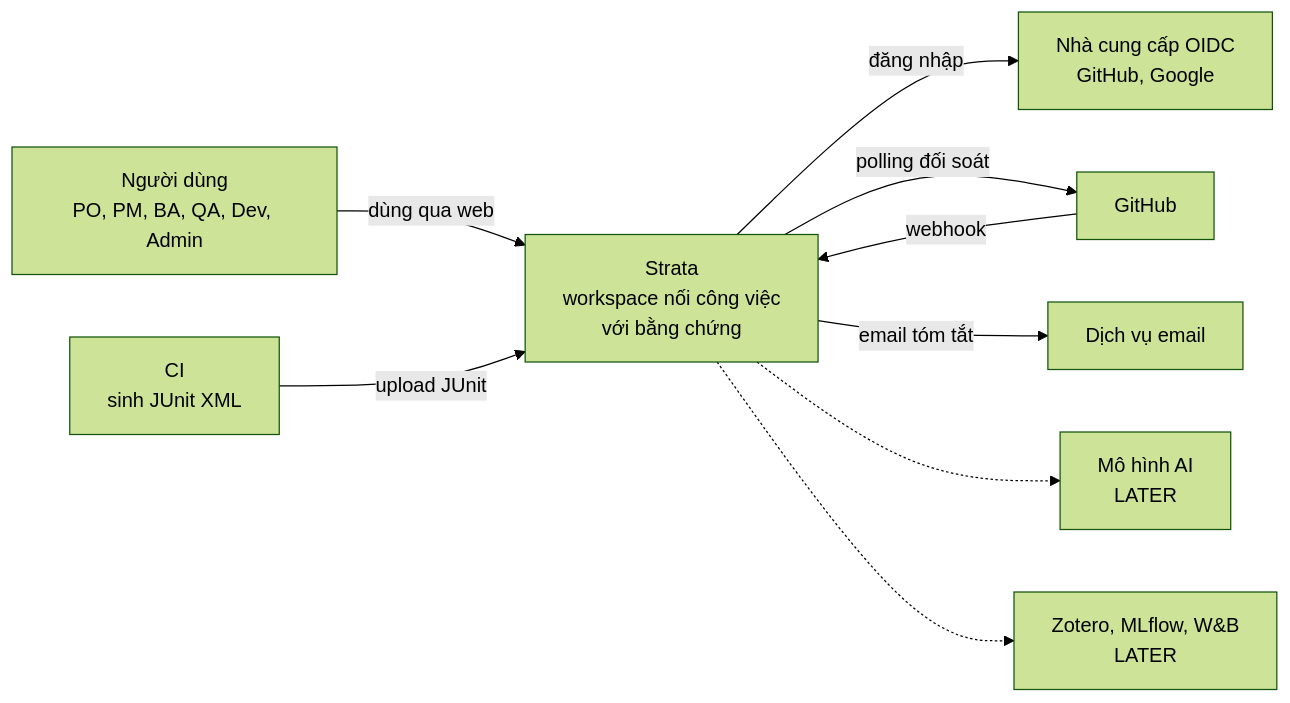
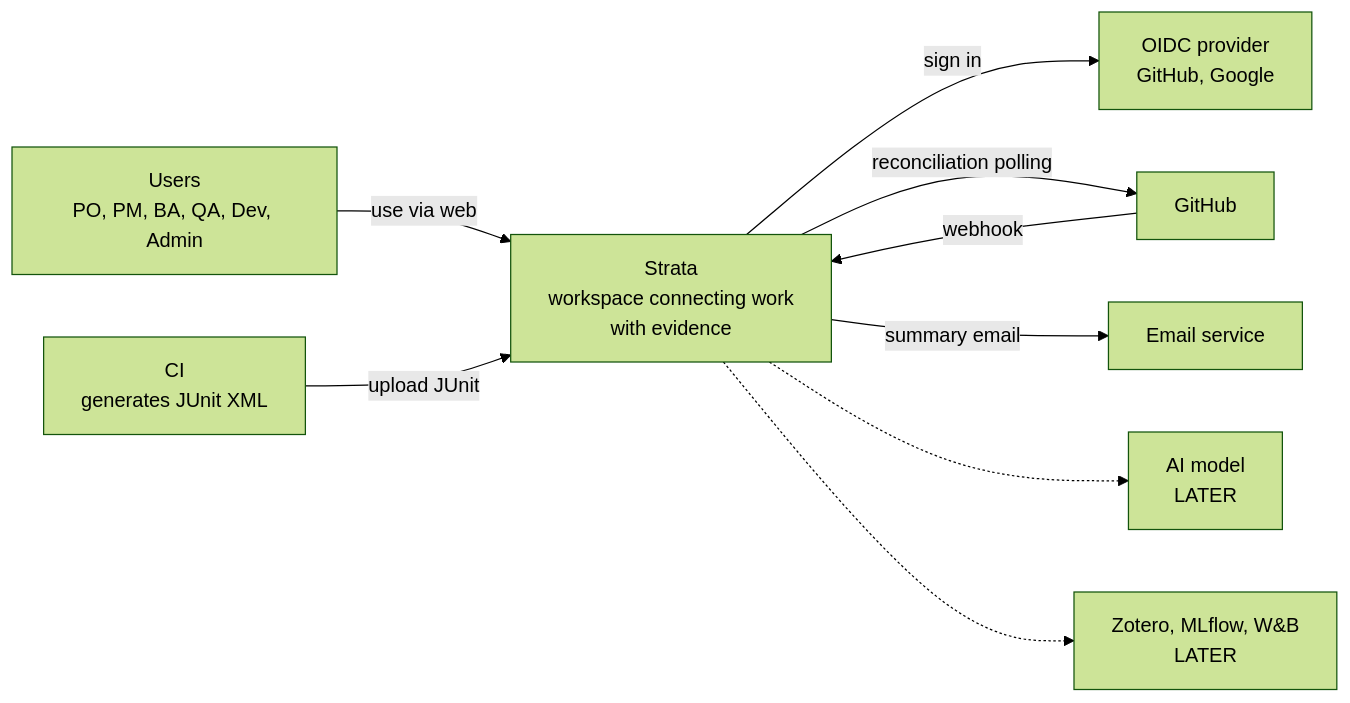
Before and after one commit to tungld9999blacksmith/Strata: the tenth of 21 diagrams in README.md, drawn with Mermaid (forest theme). The commit also changed other lines of this file and 13 other files, not shown here.

````diff
--- a/README.md
+++ b/README.md
@@ -733,19 +733,19 @@
 ```mermaid
 flowchart LR
-    U["Người dùng<br/>PO, PM, BA, QA, Dev, Admin"]
-    S["Strata<br/>workspace nối công việc<br/>với bằng chứng"]
+    U["Users<br/>PO, PM, BA, QA, Dev, Admin"]
+    S["Strata<br/>workspace connecting work<br/>with evidence"]
     GH["GitHub"]
-    CI["CI<br/>sinh JUnit XML"]
-    ID["Nhà cung cấp OIDC<br/>GitHub, Google"]
-    EM["Dịch vụ email"]
-    LLM["Mô hình AI<br/>LATER"]
+    CI["CI<br/>generates JUnit XML"]
+    ID["OIDC provider<br/>GitHub, Google"]
+    EM["Email service"]
+    LLM["AI model<br/>LATER"]
     RES["Zotero, MLflow, W&B<br/>LATER"]
-    U -- "dùng qua web" --> S
-    S -- "đăng nhập" --> ID
+    U -- "use via web" --> S
+    S -- "sign in" --> ID
     GH -- "webhook" --> S
-    S -- "polling đối soát" --> GH
+    S -- "reconciliation polling" --> GH
     CI -- "upload JUnit" --> S
-    S -- "email tóm tắt" --> EM
+    S -- "summary email" --> EM
     S -.-> LLM
     S -.-> RES
 ```
````
